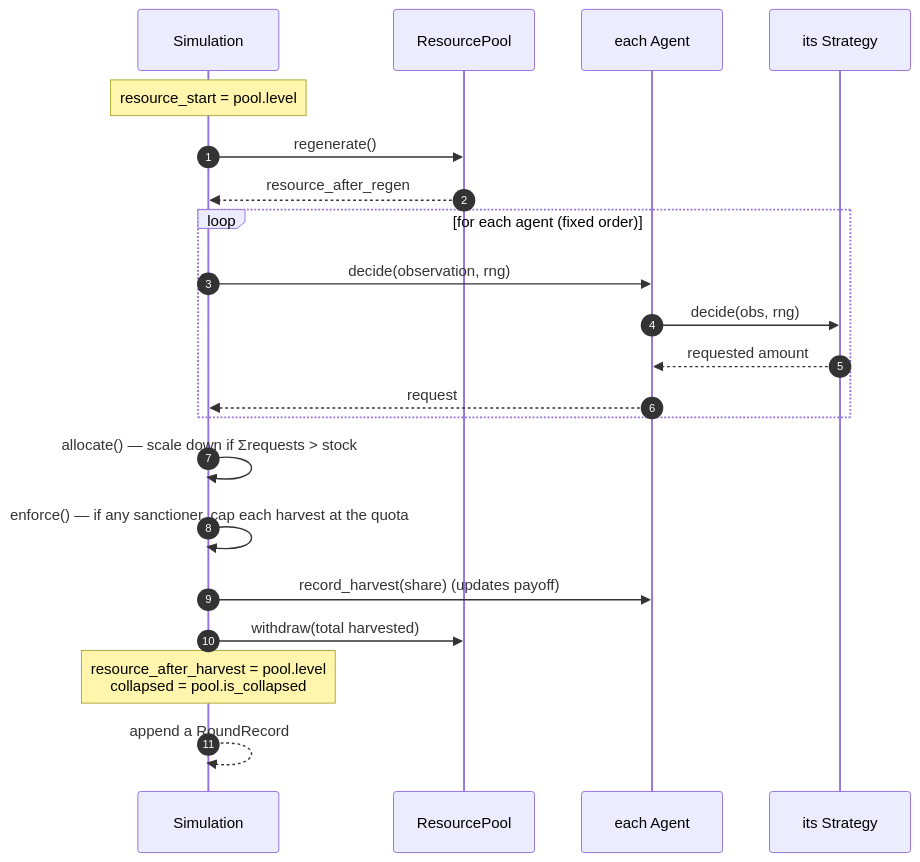
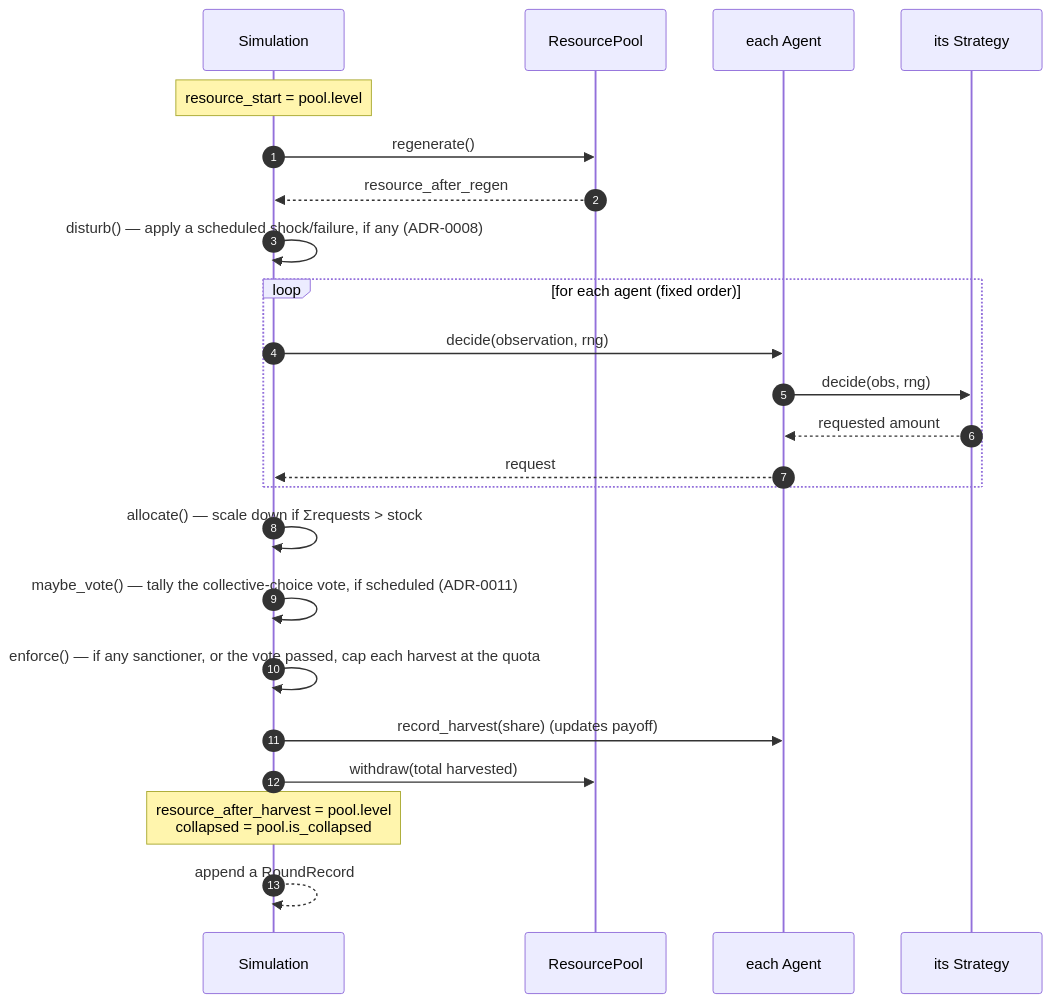
Before and after one commit to loonaarc/wfp2: the fifth of 6 diagrams in docs/code-walkthrough.md, drawn with Mermaid. The commit also changed other lines of this file and 25 other files, not shown here.

First line of the commit message:
Implement collective-choice enforcement mechanism (ADR-0011) and associated experiment (E13)

````diff
--- a/docs/code-walkthrough.md
+++ b/docs/code-walkthrough.md
@@ -360,24 +376,26 @@
 ```mermaid
 sequenceDiagram
     autonumber
     participant Sim as Simulation
     participant Pool as ResourcePool
     participant A as each Agent
     participant St as its Strategy
 
     Note over Sim: resource_start = pool.level
     Sim->>Pool: regenerate()
     Pool-->>Sim: resource_after_regen
+    Sim->>Sim: disturb() — apply a scheduled shock/failure, if any (ADR-0008)
     loop for each agent (fixed order)
         Sim->>A: decide(observation, rng)
         A->>St: decide(obs, rng)
         St-->>A: requested amount
         A-->>Sim: request
     end
     Sim->>Sim: allocate() — scale down if Σrequests > stock
-    Sim->>Sim: enforce() — if any sanctioner, cap each harvest at the quota
+    Sim->>Sim: maybe_vote() — tally the collective-choice vote, if scheduled (ADR-0011)
+    Sim->>Sim: enforce() — if any sanctioner, or the vote passed, cap each harvest at the quota
     Sim->>A: record_harvest(share)  (updates payoff)
     Sim->>Pool: withdraw(total harvested)
     Note over Sim: resource_after_harvest = pool.level<br/>collapsed = pool.is_collapsed
     Sim-->>Sim: append a RoundRecord
 ```
````
